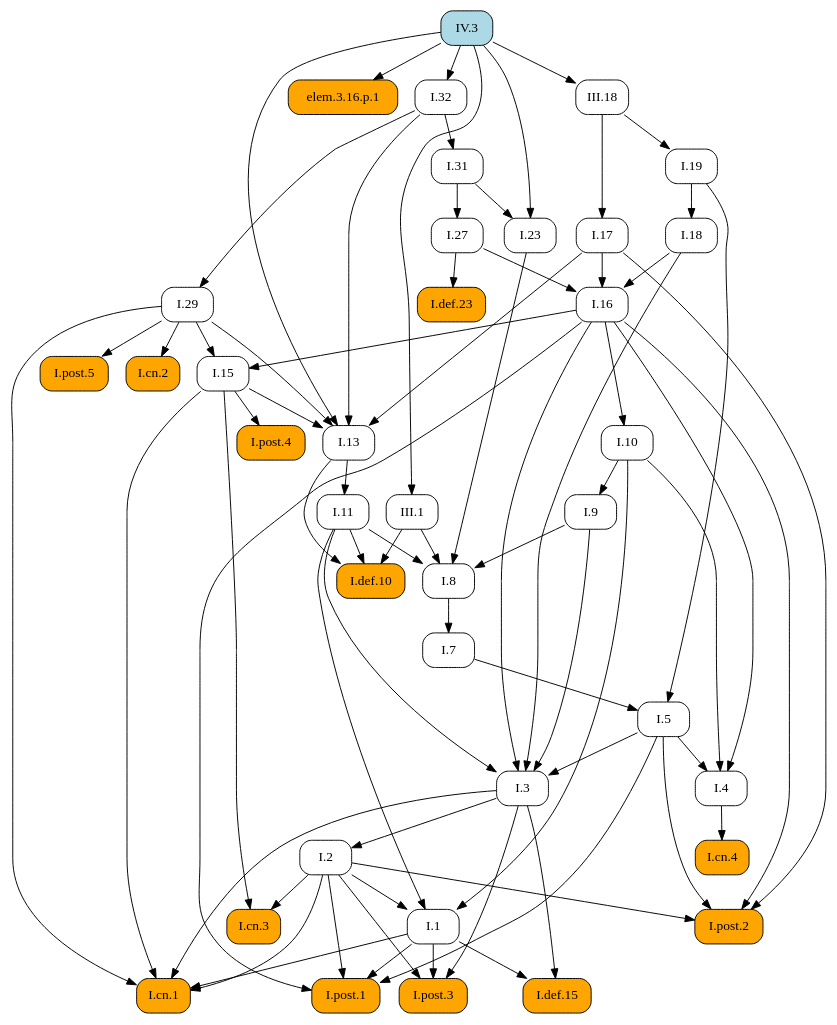
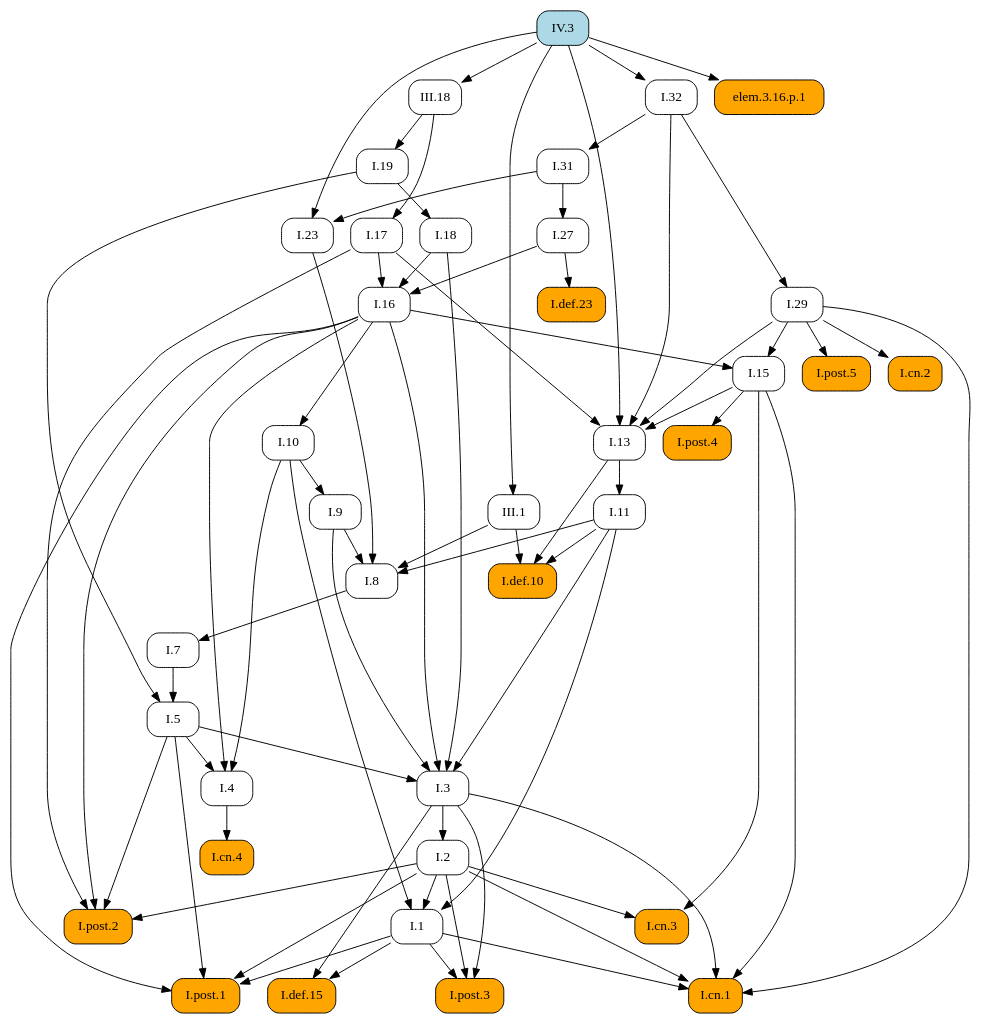
Before and after one commit to geometor/elements: the diagram in docsrc/elements2/IV/3/index.rst, drawn with Graphviz. The commit also changed other lines of this file and 409 other files, not shown here.

First line of the commit message:
feat: Add image cropping and graphic extraction script

```diff
--- a/docsrc/elements2/IV/3/index.rst
+++ b/docsrc/elements2/IV/3/index.rst
@@ -65,113 +65,113 @@
    digraph {
      rankdir="TB";
      node [shape=box, style=rounded];
+     "III.18" [URL="/elements2/III/18/", target="_top"];
+     "I.31" [URL="/elements2/I/31/", target="_top"];
      "I.8" [URL="/elements2/I/8/", target="_top"];
+     "I.15" [URL="/elements2/I/15/", target="_top"];
+     "I.5" [URL="/elements2/I/5/", target="_top"];
+     "I.17" [URL="/elements2/I/17/", target="_top"];
+     "I.cn.1" [style="rounded,filled", fillcolor=orange, URL="/elements2/I/cn.1/", target="_top"];
+     "elem.3.16.p.1" [style="rounded,filled", fillcolor=orange];
      "I.32" [URL="/elements2/I/32/", target="_top"];
+     "I.7" [URL="/elements2/I/7/", target="_top"];
+     "I.23" [URL="/elements2/I/23/", target="_top"];
+     "I.16" [URL="/elements2/I/16/", target="_top"];
+     "I.def.15" [style="rounded,filled", fillcolor=orange, URL="/elements2/I/def.15/", target="_top"];
+     "I.19" [URL="/elements2/I/19/", target="_top"];
+     "I.def.10" [style="rounded,filled", fillcolor=orange, URL="/elements2/I/def.10/", target="_top"];
+     "I.11" [URL="/elements2/I/11/", target="_top"];
+     "I.18" [URL="/elements2/I/18/", target="_top"];
+     "I.post.4" [style="rounded,filled", fillcolor=orange, URL="/elements2/I/post.4/", target="_top"];
+     "I.def.23" [style="rounded,filled", fillcolor=orange, URL="/elements2/I/def.23/", target="_top"];
+     "I.post.5" [style="rounded,filled", fillcolor=orange, URL="/elements2/I/post.5/", target="_top"];
+     "I.3" [URL="/elements2/I/3/", target="_top"];
+     "I.10" [URL="/elements2/I/10/", target="_top"];
+     "IV.3" [style="rounded,filled", fillcolor=lightblue, URL="/elements2/IV/3/", target="_top"];
+     "I.cn.3" [style="rounded,filled", fillcolor=orange, URL="/elements2/I/cn.3/", target="_top"];
+     "I.13" [URL="/elements2/I/13/", target="_top"];
+     "I.post.3" [style="rounded,filled", fillcolor=orange, URL="/elements2/I/post.3/", target="_top"];
+     "I.4" [URL="/elements2/I/4/", target="_top"];
+     "I.9" [URL="/elements2/I/9/", target="_top"];
+     "I.29" [URL="/elements2/I/29/", target="_top"];
      "I.post.1" [style="rounded,filled", fillcolor=orange, URL="/elements2/I/post.1/", target="_top"];
-     "I.5" [URL="/elements2/I/5/", target="_top"];
-     "I.post.5" [style="rounded,filled", fillcolor=orange, URL="/elements2/I/post.5/", target="_top"];
-     "I.def.10" [style="rounded,filled", fillcolor=orange, URL="/elements2/I/def.10/", target="_top"];
-     "I.cn.2" [style="rounded,filled", fillcolor=orange, URL="/elements2/I/cn.2/", target="_top"];
-     "elem.3.16.p.1" [style="rounded,filled", fillcolor=orange];
-     "I.def.15" [style="rounded,filled", fillcolor=orange, URL="/elements2/I/def.15/", target="_top"];
-     "I.31" [URL="/elements2/I/31/", target="_top"];
-     "I.11" [URL="/elements2/I/11/", target="_top"];
-     "I.3" [URL="/elements2/I/3/", target="_top"];
-     "I.post.2" [style="rounded,filled", fillcolor=orange, URL="/elements2/I/post.2/", target="_top"];
-     "I.def.23" [style="rounded,filled", fillcolor=orange, URL="/elements2/I/def.23/", target="_top"];
-     "I.19" [URL="/elements2/I/19/", target="_top"];
-     "I.1" [URL="/elements2/I/1/", target="_top"];
-     "I.cn.3" [style="rounded,filled", fillcolor=orange, URL="/elements2/I/cn.3/", target="_top"];
-     "I.cn.4" [style="rounded,filled", fillcolor=orange, URL="/elements2/I/cn.4/", target="_top"];
-     "I.7" [URL="/elements2/I/7/", target="_top"];
-     "I.17" [URL="/elements2/I/17/", target="_top"];
-     "I.9" [URL="/elements2/I/9/", target="_top"];
-     "I.cn.1" [style="rounded,filled", fillcolor=orange, URL="/elements2/I/cn.1/", target="_top"];
-     "I.29" [URL="/elements2/I/29/", target="_top"];
-     "I.16" [URL="/elements2/I/16/", target="_top"];
-     "I.18" [URL="/elements2/I/18/", target="_top"];
-     "I.13" [URL="/elements2/I/13/", target="_top"];
-     "I.post.4" [style="rounded,filled", fillcolor=orange, URL="/elements2/I/post.4/", target="_top"];
      "I.2" [URL="/elements2/I/2/", target="_top"];
      "I.27" [URL="/elements2/I/27/", target="_top"];
-     "III.18" [URL="/elements2/III/18/", target="_top"];
-     "I.4" [URL="/elements2/I/4/", target="_top"];
+     "I.1" [URL="/elements2/I/1/", target="_top"];
+     "I.cn.2" [style="rounded,filled", fillcolor=orange, URL="/elements2/I/cn.2/", target="_top"];
+     "I.cn.4" [style="rounded,filled", fillcolor=orange, URL="/elements2/I/cn.4/", target="_top"];
      "III.1" [URL="/elements2/III/1/", target="_top"];
-     "I.10" [URL="/elements2/I/10/", target="_top"];
-     "I.15" [URL="/elements2/I/15/", target="_top"];
-     "I.23" [URL="/elements2/I/23/", target="_top"];
-     "IV.3" [style="rounded,filled", fillcolor=lightblue, URL="/elements2/IV/3/", target="_top"];
-     "I.post.3" [style="rounded,filled", fillcolor=orange, URL="/elements2/I/post.3/", target="_top"];
+     "I.post.2" [style="rounded,filled", fillcolor=orange, URL="/elements2/I/post.2/", target="_top"];
+     "IV.3" -> "III.18";
+     "I.32" -> "I.31";
      "I.9" -> "I.8";
      "I.11" -> "I.8";
      "I.23" -> "I.8";
      "III.1" -> "I.8";
-     "IV.3" -> "I.32";
-     "I.1" -> "I.post.1";
-     "I.2" -> "I.post.1";
-     "I.5" -> "I.post.1";
-     "I.16" -> "I.post.1";
+     "I.16" -> "I.15";
+     "I.29" -> "I.15";
      "I.7" -> "I.5";
      "I.19" -> "I.5";
-     "I.29" -> "I.post.5";
+     "III.18" -> "I.17";
+     "I.1" -> "I.cn.1";
+     "I.2" -> "I.cn.1";
+     "I.3" -> "I.cn.1";
+     "I.15" -> "I.cn.1";
+     "I.29" -> "I.cn.1";
+     "IV.3" -> "elem.3.16.p.1";
+     "IV.3" -> "I.32";
+     "I.8" -> "I.7";
+     "I.31" -> "I.23";
+     "IV.3" -> "I.23";
+     "I.17" -> "I.16";
+     "I.18" -> "I.16";
+     "I.27" -> "I.16";
+     "I.1" -> "I.def.15";
+     "I.3" -> "I.def.15";
+     "III.18" -> "I.19";
      "I.11" -> "I.def.10";
      "I.13" -> "I.def.10";
      "III.1" -> "I.def.10";
-     "I.29" -> "I.cn.2";
-     "IV.3" -> "elem.3.16.p.1";
-     "I.1" -> "I.def.15";
-     "I.3" -> "I.def.15";
-     "I.32" -> "I.31";
      "I.13" -> "I.11";
+     "I.19" -> "I.18";
+     "I.15" -> "I.post.4";
+     "I.27" -> "I.def.23";
+     "I.29" -> "I.post.5";
      "I.5" -> "I.3";
      "I.9" -> "I.3";
      "I.11" -> "I.3";
      "I.16" -> "I.3";
      "I.18" -> "I.3";
-     "I.2" -> "I.post.2";
-     "I.5" -> "I.post.2";
-     "I.16" -> "I.post.2";
-     "I.17" -> "I.post.2";
-     "I.27" -> "I.def.23";
-     "III.18" -> "I.19";
-     "I.2" -> "I.1";
-     "I.10" -> "I.1";
-     "I.11" -> "I.1";
+     "I.16" -> "I.10";
      "I.2" -> "I.cn.3";
      "I.15" -> "I.cn.3";
-     "I.4" -> "I.cn.4";
-     "I.8" -> "I.7";
-     "III.18" -> "I.17";
-     "I.10" -> "I.9";
-     "I.1" -> "I.cn.1";
-     "I.2" -> "I.cn.1";
-     "I.3" -> "I.cn.1";
-     "I.15" -> "I.cn.1";
-     "I.29" -> "I.cn.1";
-     "I.32" -> "I.29";
-     "I.17" -> "I.16";
-     "I.18" -> "I.16";
-     "I.27" -> "I.16";
-     "I.19" -> "I.18";
      "I.15" -> "I.13";
      "I.17" -> "I.13";
      "I.29" -> "I.13";
      "I.32" -> "I.13";
      "IV.3" -> "I.13";
-     "I.15" -> "I.post.4";
-     "I.3" -> "I.2";
-     "I.31" -> "I.27";
-     "IV.3" -> "III.18";
+     "I.1" -> "I.post.3";
+     "I.2" -> "I.post.3";
+     "I.3" -> "I.post.3";
      "I.5" -> "I.4";
      "I.10" -> "I.4";
      "I.16" -> "I.4";
+     "I.10" -> "I.9";
+     "I.32" -> "I.29";
+     "I.1" -> "I.post.1";
+     "I.2" -> "I.post.1";
+     "I.5" -> "I.post.1";
+     "I.16" -> "I.post.1";
+     "I.3" -> "I.2";
+     "I.31" -> "I.27";
+     "I.2" -> "I.1";
+     "I.10" -> "I.1";
+     "I.11" -> "I.1";
+     "I.29" -> "I.cn.2";
+     "I.4" -> "I.cn.4";
      "IV.3" -> "III.1";
-     "I.16" -> "I.10";
-     "I.16" -> "I.15";
-     "I.29" -> "I.15";
-     "I.31" -> "I.23";
-     "IV.3" -> "I.23";
-     "I.1" -> "I.post.3";
-     "I.2" -> "I.post.3";
-     "I.3" -> "I.post.3";
+     "I.2" -> "I.post.2";
+     "I.5" -> "I.post.2";
+     "I.16" -> "I.post.2";
+     "I.17" -> "I.post.2";
    }
```
